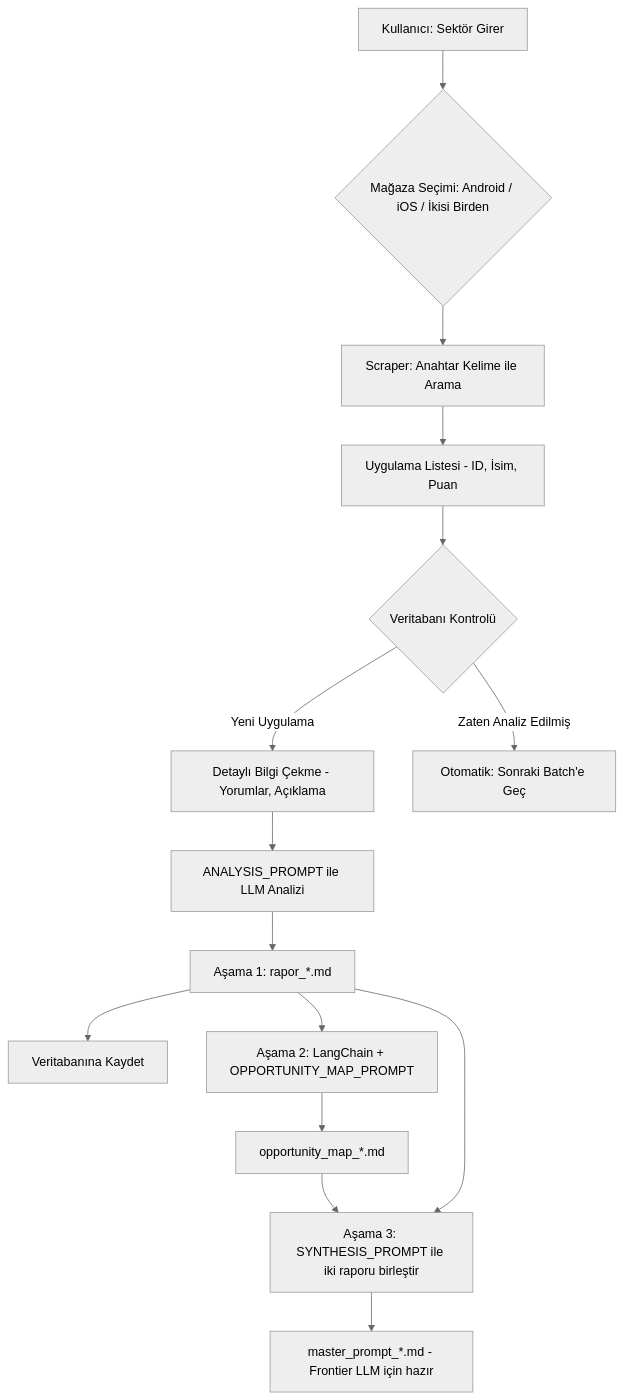
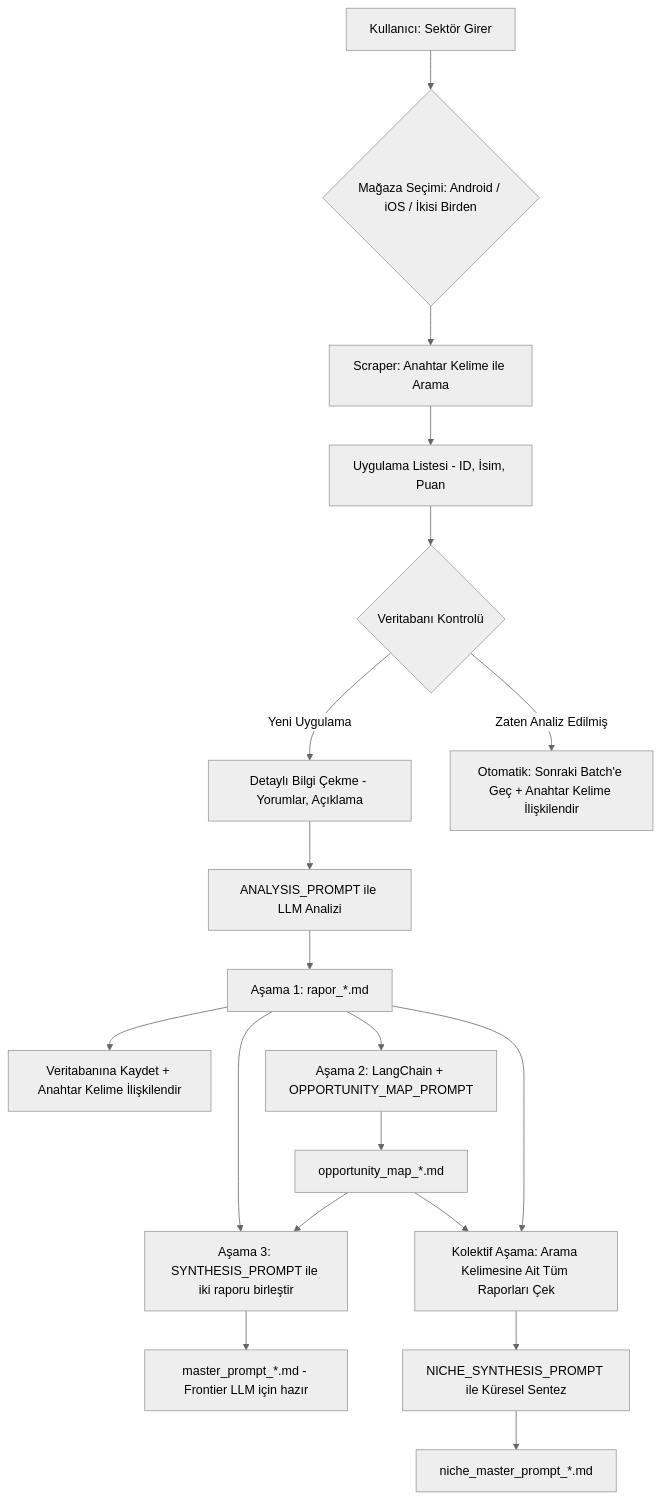
The diagram in README.md (hazarute/market_gap_analyzer_ai), drawn with Mermaid (neutral theme) before and after one commit. The commit also changed other lines of this file and 10 other files, not shown here.

````diff
--- a/README.md
+++ b/README.md
@@ -44,17 +45,20 @@
 ```mermaid
 graph TD
     A[Kullanıcı: Sektör Girer] --> B{Mağaza Seçimi: Android / iOS / İkisi Birden};
     B --> C[Scraper: Anahtar Kelime ile Arama];
     C --> D[Uygulama Listesi - ID, İsim, Puan];
     D --> E{Veritabanı Kontrolü};
     E -- Yeni Uygulama --> F[Detaylı Bilgi Çekme - Yorumlar, Açıklama];
     F --> G[ANALYSIS_PROMPT ile LLM Analizi];
     G --> H[Aşama 1: rapor_*.md];
-    H --> I[Veritabanına Kaydet];
-    E -- Zaten Analiz Edilmiş --> J[Otomatik: Sonraki Batch'e Geç];
+    H --> I[Veritabanına Kaydet + Anahtar Kelime İlişkilendir];
+    E -- Zaten Analiz Edilmiş --> J[Otomatik: Sonraki Batch'e Geç + Anahtar Kelime İlişkilendir];
     H --> K[Aşama 2: LangChain + OPPORTUNITY_MAP_PROMPT];
     K --> L[opportunity_map_*.md];
     L --> M[Aşama 3: SYNTHESIS_PROMPT ile iki raporu birleştir];
     H --> M;
     M --> N[master_prompt_*.md - Frontier LLM için hazır];
+    H & L --> O[Kolektif Aşama: Arama Kelimesine Ait Tüm Raporları Çek];
+    O --> P[NICHE_SYNTHESIS_PROMPT ile Küresel Sentez];
+    P --> Q[niche_master_prompt_*.md];
 ```
````
